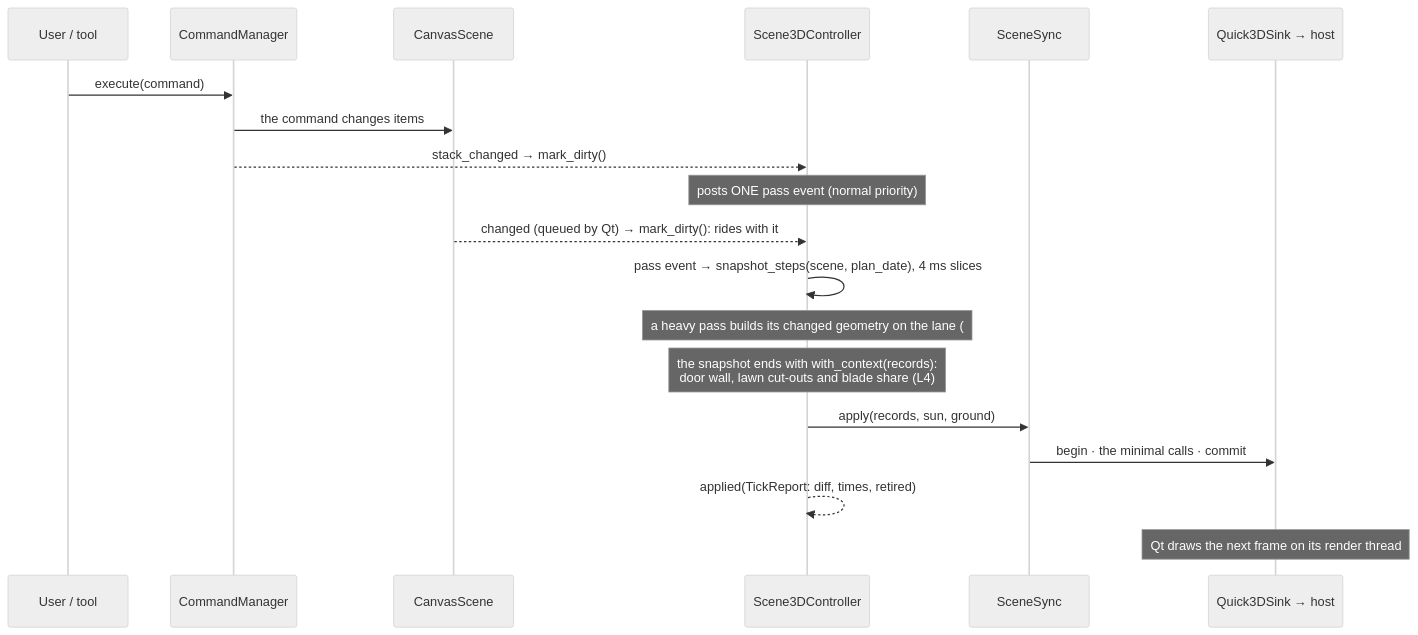
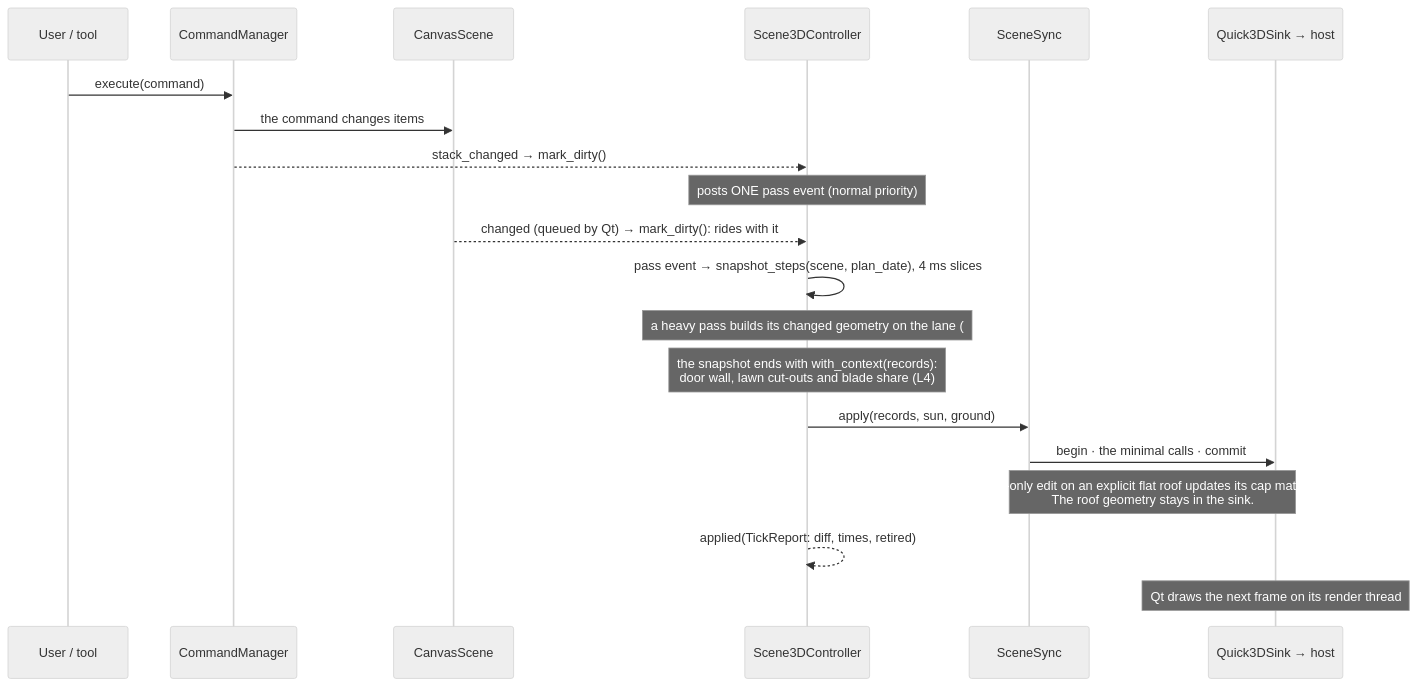
One commit to cofade/open-garden-planner changed diagram 20 of 40 in docs/06-runtime-view/README.md. Above: the diagram before and after it, drawn with Mermaid (neutral theme). The commit also changed 29 other files, not shown here.

Commit message:
fix(#950, #946): restore calendula and flat roof fill

````diff
--- a/docs/06-runtime-view/README.md
+++ b/docs/06-runtime-view/README.md
@@ -565,21 +565,22 @@
 ```mermaid
 sequenceDiagram
     participant U as User / tool
     participant C as CommandManager
     participant S as CanvasScene
     participant K as Scene3DController
     participant Y as SceneSync
     participant E as Quick3DSink → host
     U->>C: execute(command)
     C->>S: the command changes items
     C-->>K: stack_changed → mark_dirty()
     Note over K: posts ONE pass event (normal priority)
     S-->>K: changed (queued by Qt) → mark_dirty(): rides with it
     K->>K: pass event → snapshot_steps(scene, plan_date), 4 ms slices
     Note over K: a heavy pass builds its changed geometry on the lane (#452)
     Note over K: the snapshot ends with with_context(records):<br/>door wall, lawn cut-outs and blade share (L4)
     K->>Y: apply(records, sun, ground)
     Y->>E: begin · the minimal calls · commit
+    Note over Y,E: A fill-only edit on an explicit flat roof updates its cap material.<br/>The roof geometry stays in the sink.
     K-->>K: applied(TickReport: diff, times, retired)
     Note over E: Qt draws the next frame on its render thread
 ```
````
